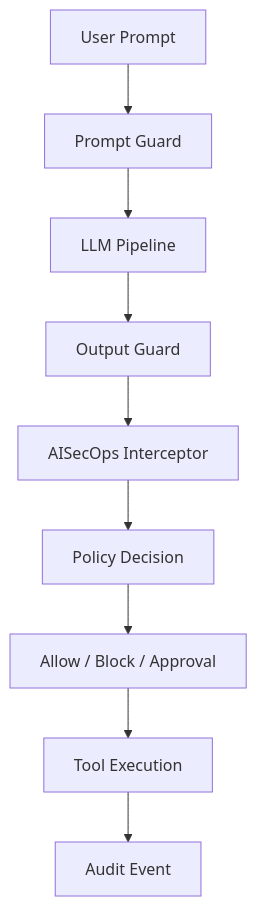
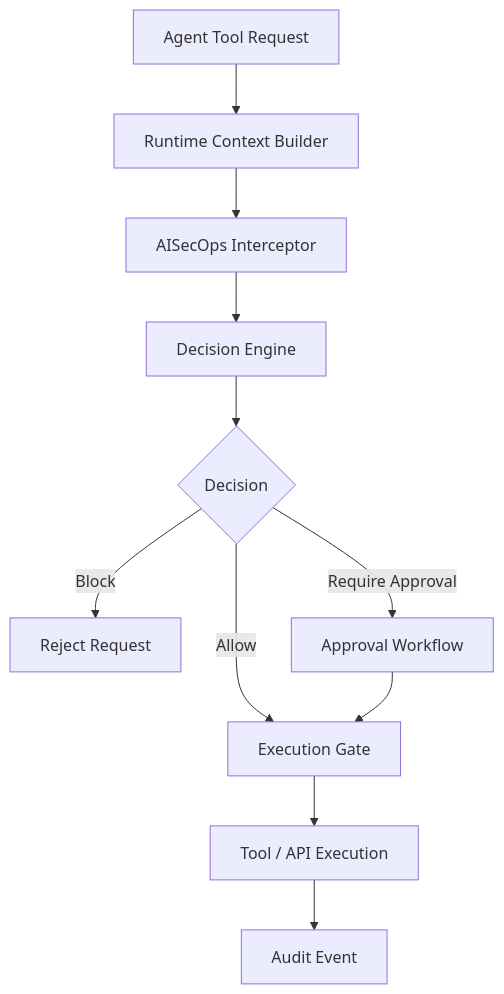
The fifth of 6 diagrams in README.md (viplavfauzdar/aisecops-interceptor), drawn with Mermaid before and after one commit.

````diff
--- a/README.md
+++ b/README.md
@@ -261,21 +261,25 @@
 ```mermaid
 flowchart TD
 
-A[User Prompt]
+A[Agent Tool Request]
 
-A --> B[Prompt Guard]
+A --> B[Runtime Context Builder]
 
-B --> C[LLM Pipeline]
+B --> C[AISecOps Interceptor]
 
-C --> D[Output Guard]
+C --> D[Decision Engine]
 
-D --> E[AISecOps Interceptor]
+D --> E{Decision}
 
-E --> F[Policy Decision]
+E -->|Allow| F[Execution Gate]
 
-F --> G[Allow / Block / Approval]
+E -->|Block| G[Reject Request]
 
-G --> H[Tool Execution]
+E -->|Require Approval| H[Approval Workflow]
 
-H --> I[Audit Event]
+H --> F
+
+F --> I[Tool / API Execution]
+
+I --> J[Audit Event]
 ```
````
